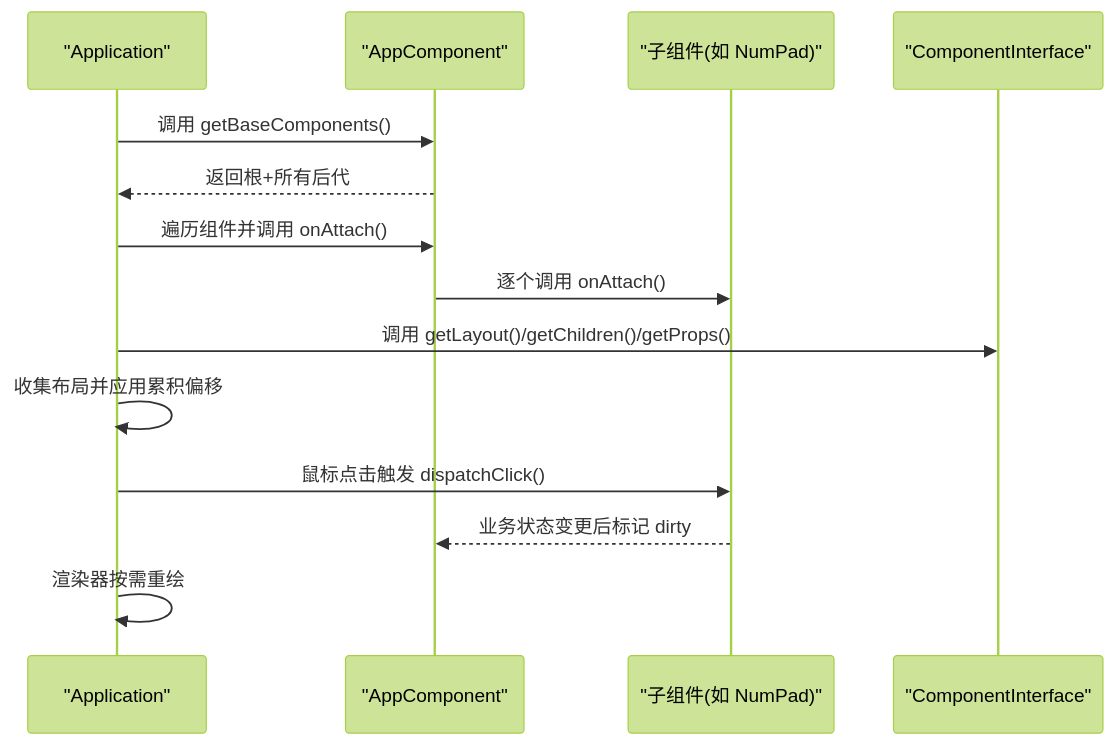
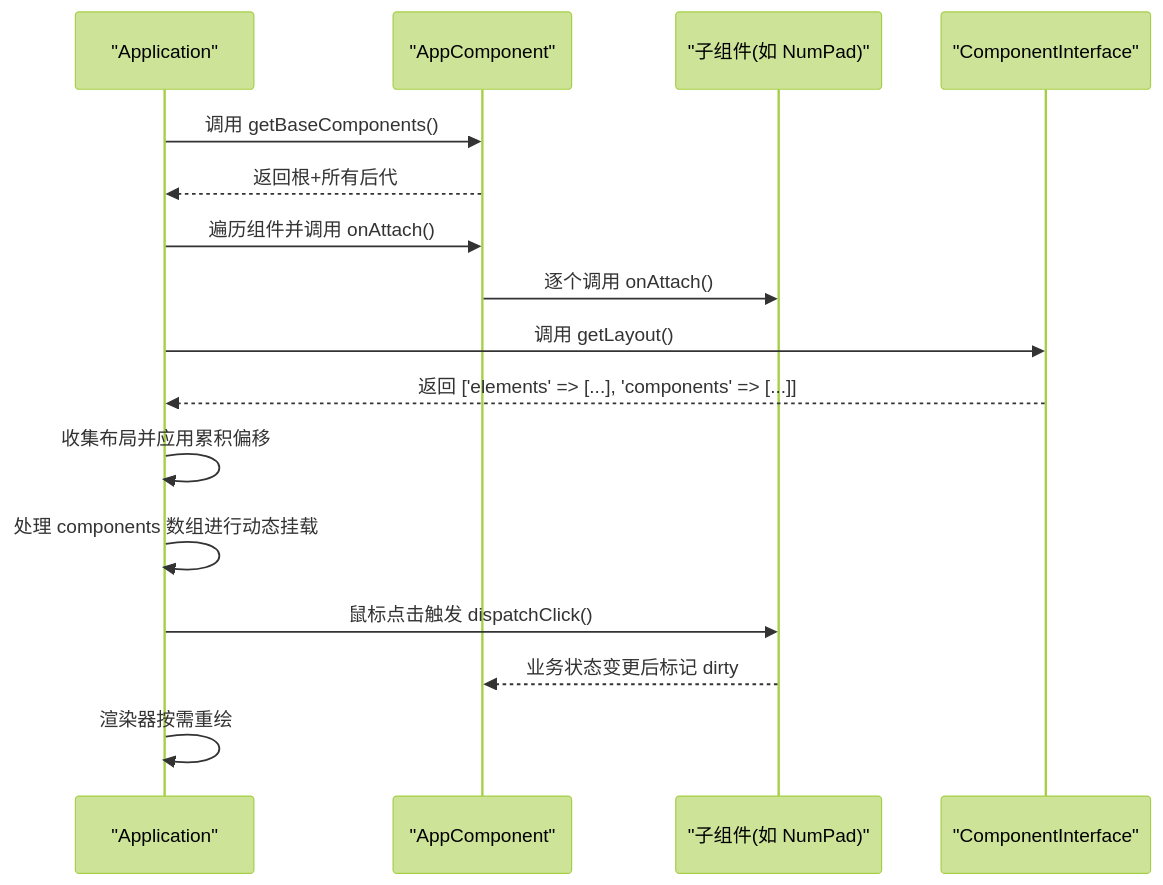
Before and after one commit to xingye00186/PUI: the second of 5 diagrams in .qoder/repowiki/zh/content/API参考文档/组件接口API.md, drawn with Mermaid (forest theme). The commit also changed other lines of this file and 10 other files, not shown here.

````diff
--- a/.qoder/repowiki/zh/content/API参考文档/组件接口API.md
+++ b/.qoder/repowiki/zh/content/API参考文档/组件接口API.md
@@ -97,16 +106,18 @@
 ```mermaid
 sequenceDiagram
 participant App as "Application"
 participant Root as "AppComponent"
 participant Child as "子组件(如 NumPad)"
 participant IF as "ComponentInterface"
 App->>Root : 调用 getBaseComponents()
 Root-->>App : 返回根+所有后代
 App->>Root : 遍历组件并调用 onAttach()
 Root->>Child : 逐个调用 onAttach()
-App->>IF : 调用 getLayout()/getChildren()/getProps()
+App->>IF : 调用 getLayout()
+IF-->>App : 返回 ['elements' => [...], 'components' => [...]]
 App->>App : 收集布局并应用累积偏移
+App->>App : 处理 components 数组进行动态挂载
 App->>Child : 鼠标点击触发 dispatchClick()
 Child-->>Root : 业务状态变更后标记 dirty
 App->>App : 渲染器按需重绘
 ```
````
